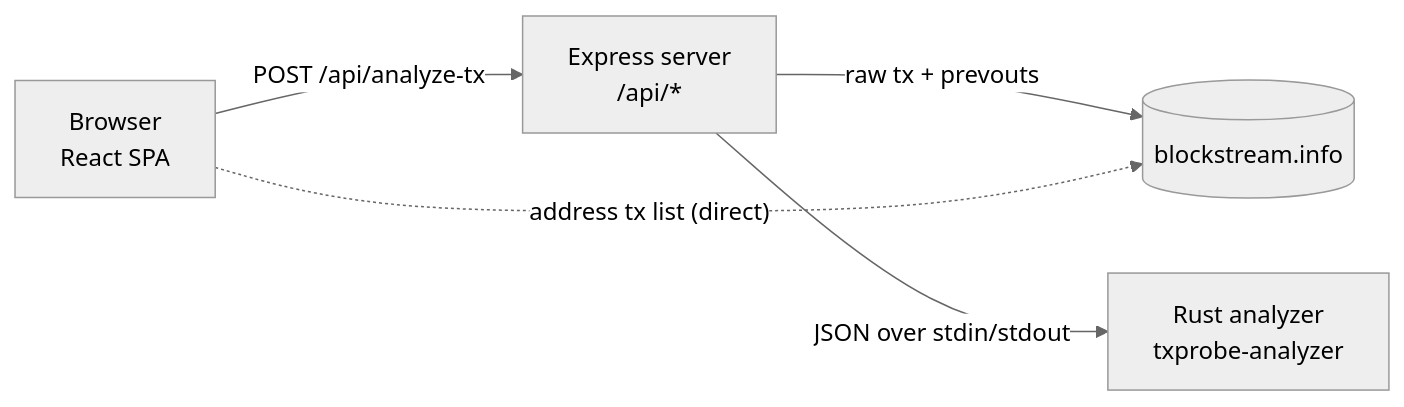
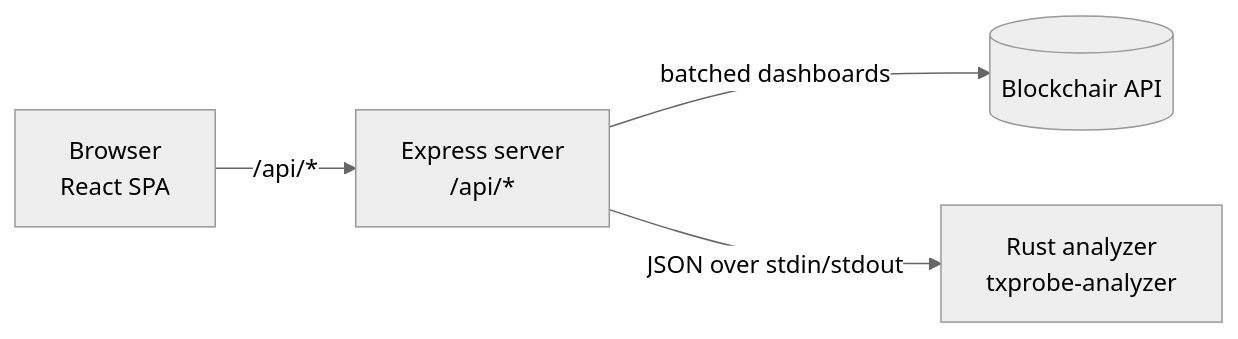
Before and after one commit to muchai254/TxProbe: the diagram in README.md, drawn with Mermaid (neutral theme). The commit also changed other lines of this file and 70 other files, not shown here.

````diff
--- a/README.md
+++ b/README.md
@@ -54,12 +75,11 @@
 ```mermaid
 flowchart LR
     B["Browser<br/>React SPA"]
     S["Express server<br/>/api/*"]
     R["Rust analyzer<br/>txprobe-analyzer"]
-    E[("blockstream.info")]
+    E[("Blockchair API")]
 
-    B -->|"POST /api/analyze-tx"| S
-    S -->|"raw tx + prevouts"| E
+    B -->|"/api/*"| S
+    S -->|"batched dashboards"| E
     S -->|"JSON over stdin/stdout"| R
-    B -.->|"address tx list (direct)"| E
 ```
````
